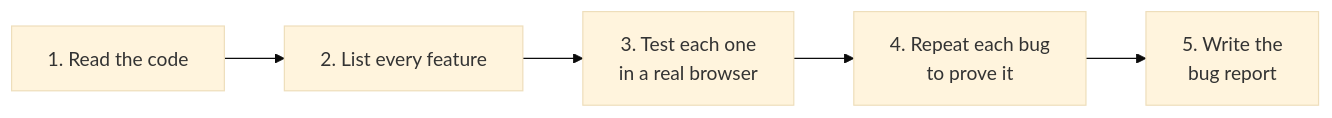
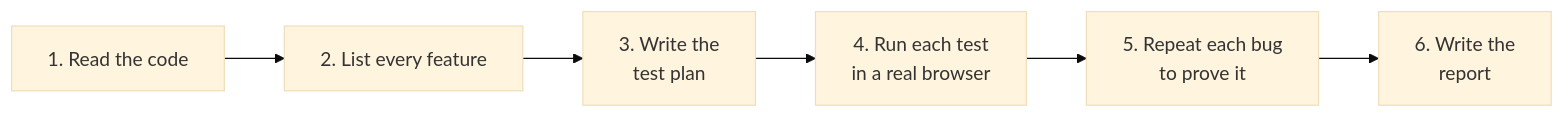
The diagram in README.md (jpita/ai-qa-engineer), drawn with Mermaid (base theme) before and after one commit. The commit also changed other lines of this file, not shown here.

First line of the commit message:
README: add the test plan step

````diff
--- a/README.md
+++ b/README.md
@@ -38,7 +38,8 @@
 ```mermaid
 flowchart LR
   A["1. Read the code"] --> B["2. List every feature"]
-  B --> C["3. Test each one<br/>in a real browser"]
-  C --> D["4. Repeat each bug<br/>to prove it"]
-  D --> E["5. Write the<br/>bug report"]
+  B --> P["3. Write the<br/>test plan"]
+  P --> C["4. Run each test<br/>in a real browser"]
+  C --> D["5. Repeat each bug<br/>to prove it"]
+  D --> E["6. Write the<br/>report"]
 ```
````
